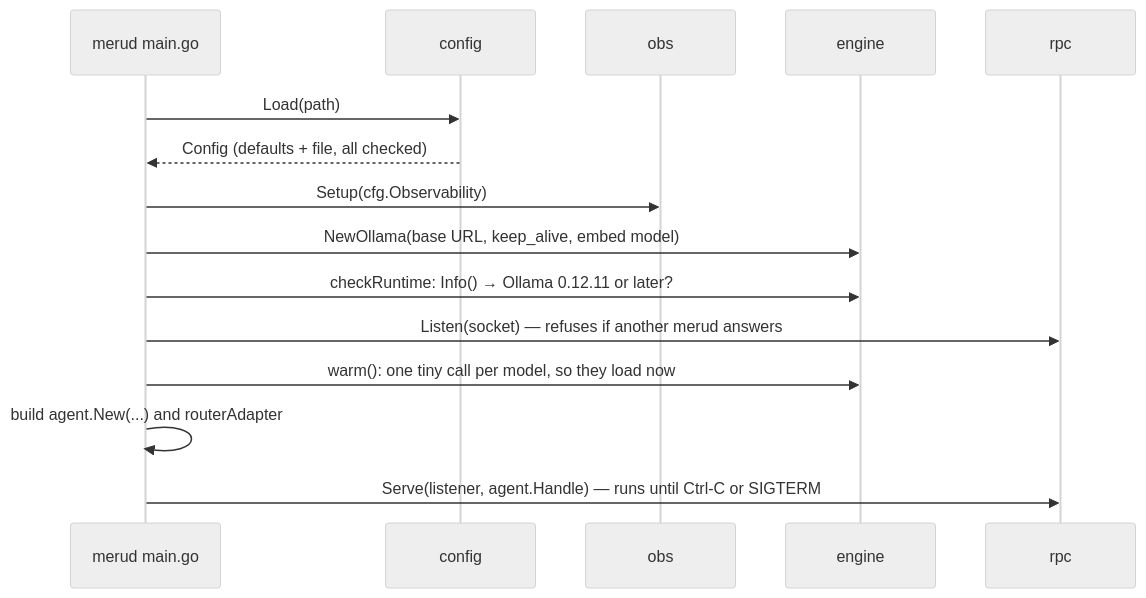
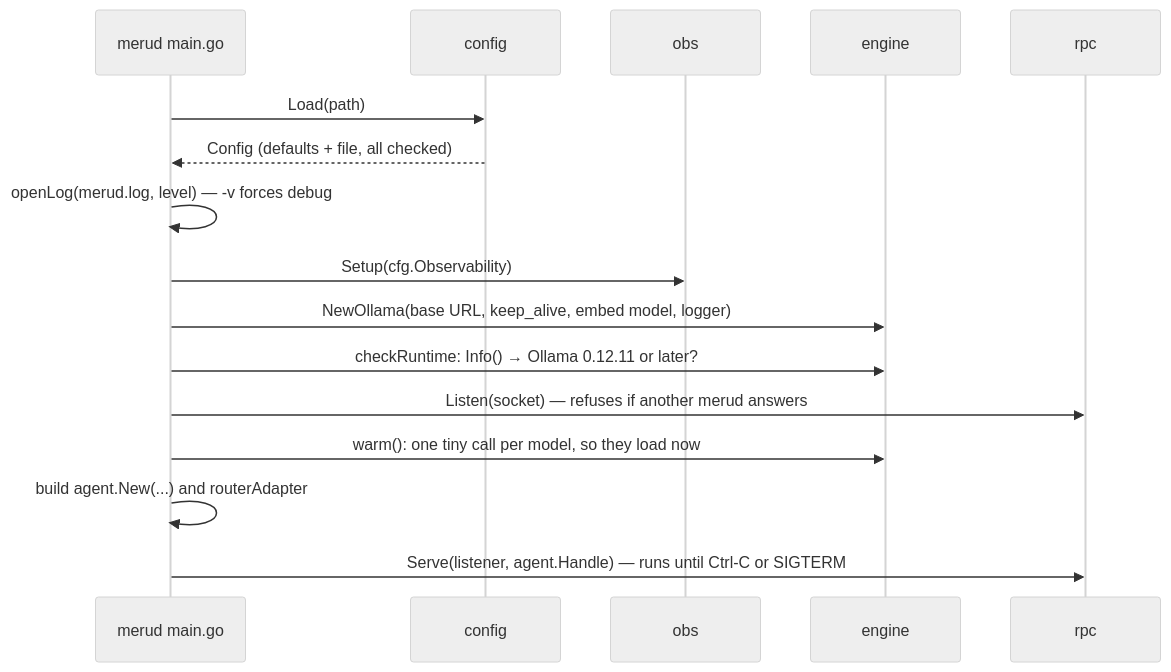
One commit to aarora79/meru changed the second of 3 diagrams in docs/lld.md. Above: the diagram before and after it, drawn with Mermaid (neutral theme). The commit also changed other lines of this file and 37 other files, not shown here.

````diff
--- a/docs/lld.md
+++ b/docs/lld.md
@@ -179,18 +180,19 @@
 ```mermaid
 sequenceDiagram
     participant M as merud main.go
     participant C as config
     participant O as obs
     participant E as engine
     participant R as rpc
 
     M->>C: Load(path)
     C-->>M: Config (defaults + file, all checked)
+    M->>M: openLog(merud.log, level) — -v forces debug
     M->>O: Setup(cfg.Observability)
-    M->>E: NewOllama(base URL, keep_alive, embed model)
+    M->>E: NewOllama(base URL, keep_alive, embed model, logger)
     M->>E: checkRuntime: Info() → Ollama 0.12.11 or later?
     M->>R: Listen(socket) — refuses if another merud answers
     M->>E: warm(): one tiny call per model, so they load now
     M->>M: build agent.New(...) and routerAdapter
     M->>R: Serve(listener, agent.Handle) — runs until Ctrl-C or SIGTERM
 ```
````
